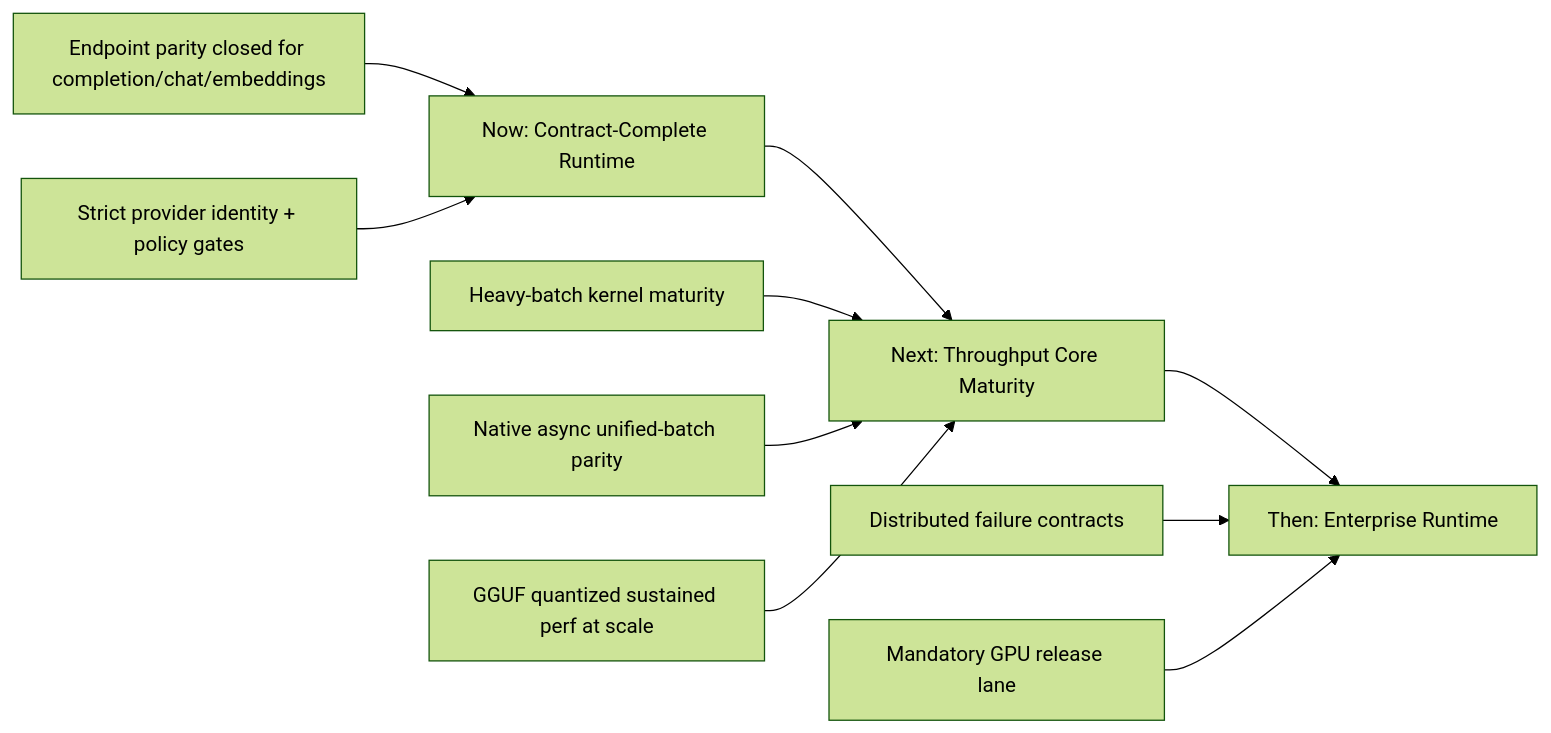
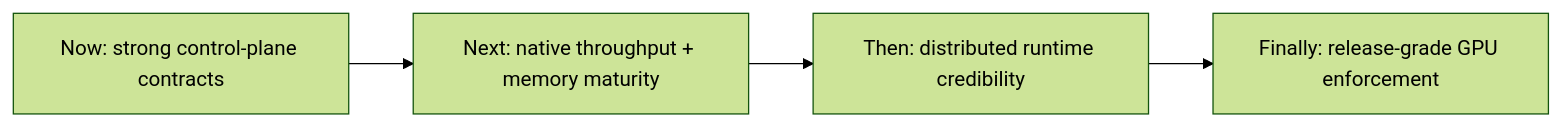
Before and after one commit to vjsingh1984/inferflux: the diagram in docs/Roadmap.md, drawn with Mermaid (forest theme). The commit also changed other lines of this file and 11 other files, not shown here.

````diff
--- a/docs/Roadmap.md
+++ b/docs/Roadmap.md
@@ -7,15 +7,6 @@
 ```mermaid
 flowchart LR
-    A[Now: Contract-Complete Runtime] --> B[Next: Throughput Core Maturity]
-    B --> C[Then: Enterprise Runtime]
-
-    A1[Endpoint parity closed for completion/chat/embeddings] --> A
-    A2[Strict provider identity + policy gates] --> A
-
-    B1[Heavy-batch kernel maturity] --> B
-    B2[Native async unified-batch parity] --> B
-    B3[GGUF quantized sustained perf at scale] --> B
-
-    C1[Distributed failure contracts] --> C
-    C2[Mandatory GPU release lane] --> C
+    A[Now: strong control-plane contracts] --> B[Next: native throughput + memory maturity]
+    B --> C[Then: distributed runtime credibility]
+    C --> D[Finally: release-grade GPU enforcement]
 ```
````
